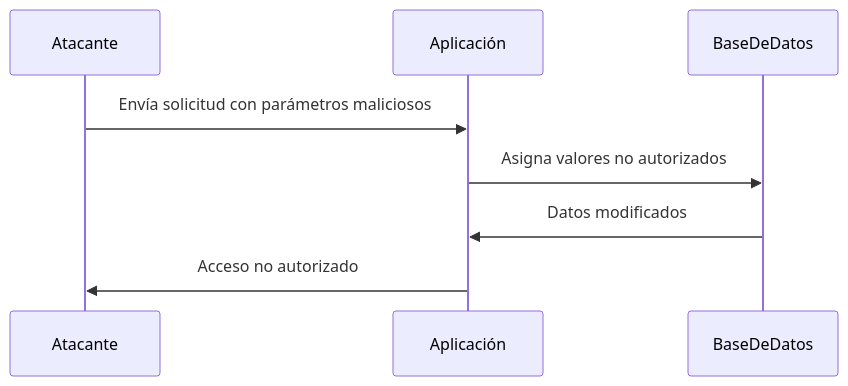
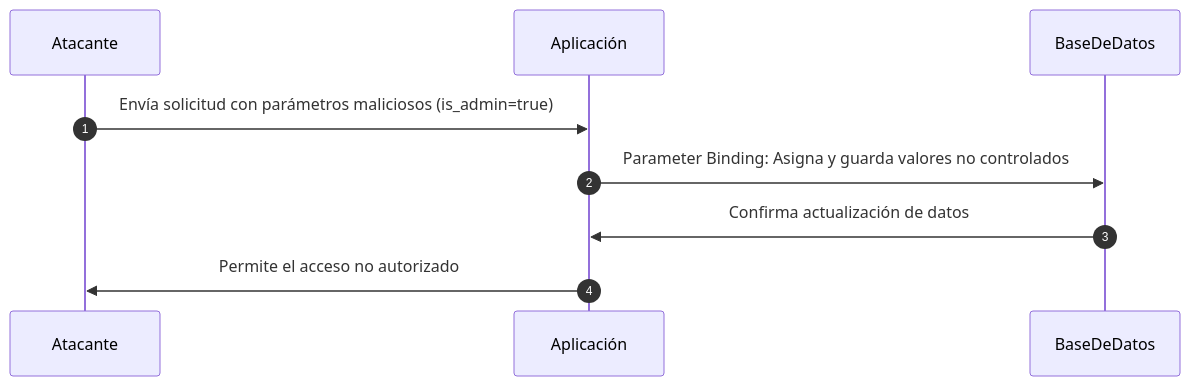
The diagram in apuntes/OWASP/Ataque de Asignación Masiva (Mass Assignment Attack) - Parameter Binding.md (n1krov/red_vault), drawn with Mermaid before and after one commit. The commit also changed other lines of this file and 4 other files, not shown here.

````diff
--- a/apuntes/OWASP/Ataque de Asignación Masiva (Mass Assignment Attack) - Parameter Binding.md
+++ b/apuntes/OWASP/Ataque de Asignación Masiva (Mass Assignment Attack) - Parameter Binding.md
@@ -101,11 +61,12 @@
 ```mermaid
 sequenceDiagram
+    autonumber
     participant Atacante
     participant Aplicación
     participant BaseDeDatos
 
-    Atacante->>Aplicación: Envía solicitud con parámetros maliciosos
-    Aplicación->>BaseDeDatos: Asigna valores no autorizados
-    BaseDeDatos->>Aplicación: Datos modificados
-    Aplicación->>Atacante: Acceso no autorizado
+    Atacante->>Aplicación: Envía solicitud con parámetros maliciosos (is_admin=true)
+    Aplicación->>BaseDeDatos: Parameter Binding: Asigna y guarda valores no controlados
+    BaseDeDatos->>Aplicación: Confirma actualización de datos
+    Aplicación->>Atacante: Permite el acceso no autorizado
 ```
````
